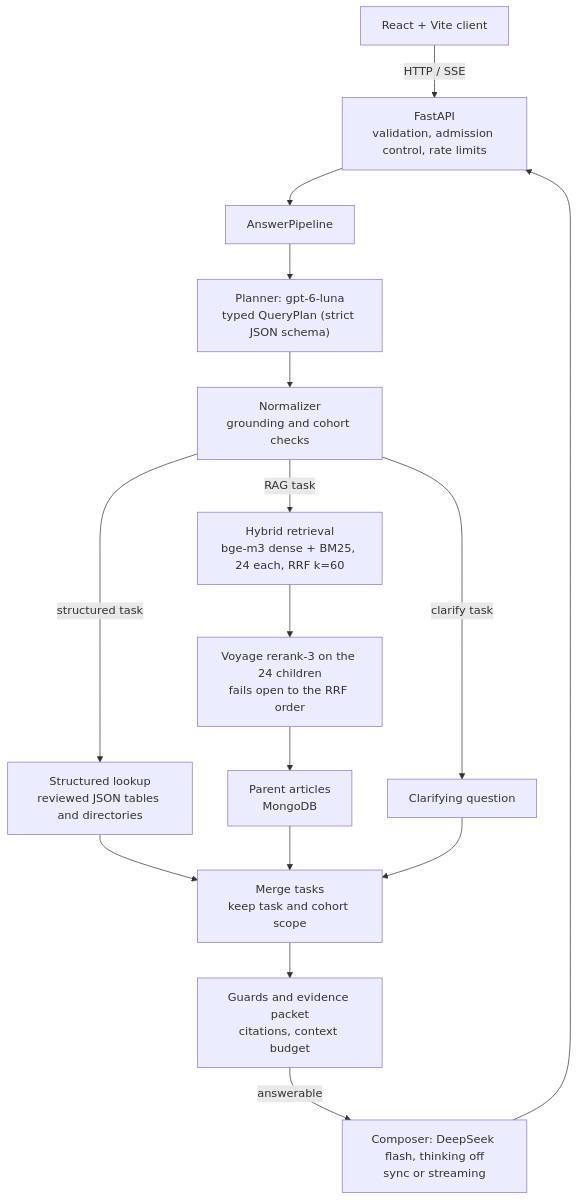
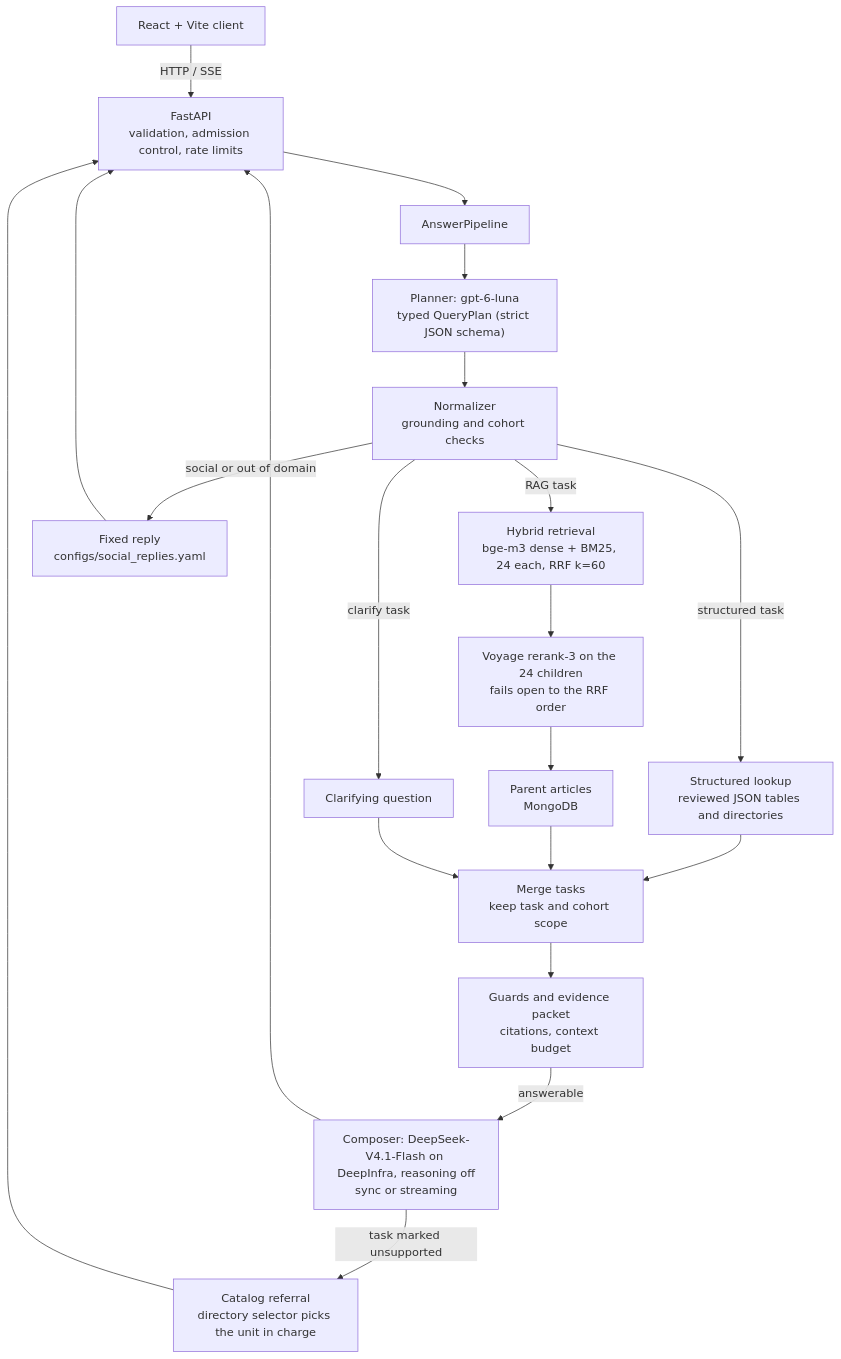
The first of 2 diagrams in README.md (AnhPhiNe/student-handbook-rag-chatbot), drawn with Mermaid before and after one commit. The commit also changed other lines of this file and 52 other files, not shown here.

````diff
--- a/README.md
+++ b/README.md
@@ -75,18 +77,22 @@
 ```mermaid
 flowchart TD
     UI["React + Vite client"] -->|"HTTP / SSE"| API["FastAPI<br/>validation, admission control, rate limits"]
     API --> Pipeline["AnswerPipeline"]
     Pipeline --> Planner["Planner: gpt-6-luna<br/>typed QueryPlan (strict JSON schema)"]
     Planner --> Normalizer["Normalizer<br/>grounding and cohort checks"]
     Normalizer -->|structured task| Lookup["Structured lookup<br/>reviewed JSON tables and directories"]
     Normalizer -->|RAG task| Retrieve["Hybrid retrieval<br/>bge-m3 dense + BM25, 24 each, RRF k=60"]
     Normalizer -->|clarify task| Clarify["Clarifying question"]
+    Normalizer -->|social or out of domain| Fixed["Fixed reply<br/>configs/social_replies.yaml"]
     Retrieve --> Rerank["Voyage rerank-3 on the 24 children<br/>fails open to the RRF order"]
     Rerank --> Parents["Parent articles<br/>MongoDB"]
     Lookup --> Merge["Merge tasks<br/>keep task and cohort scope"]
     Parents --> Merge
     Clarify --> Merge
     Merge --> Packet["Guards and evidence packet<br/>citations, context budget"]
-    Packet -->|answerable| Composer["Composer: DeepSeek flash, thinking off<br/>sync or streaming"]
+    Packet -->|answerable| Composer["Composer: DeepSeek-V4.1-Flash on DeepInfra, reasoning off<br/>sync or streaming"]
+    Composer -->|task marked unsupported| Referral["Catalog referral<br/>directory selector picks the unit in charge"]
     Composer --> API
+    Referral --> API
+    Fixed --> API
 ```
````
